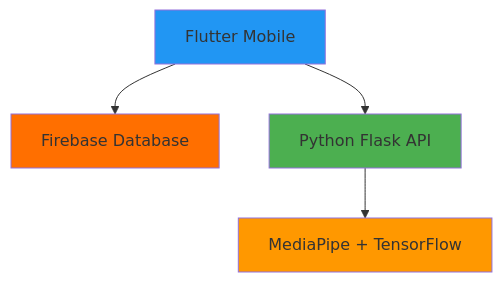
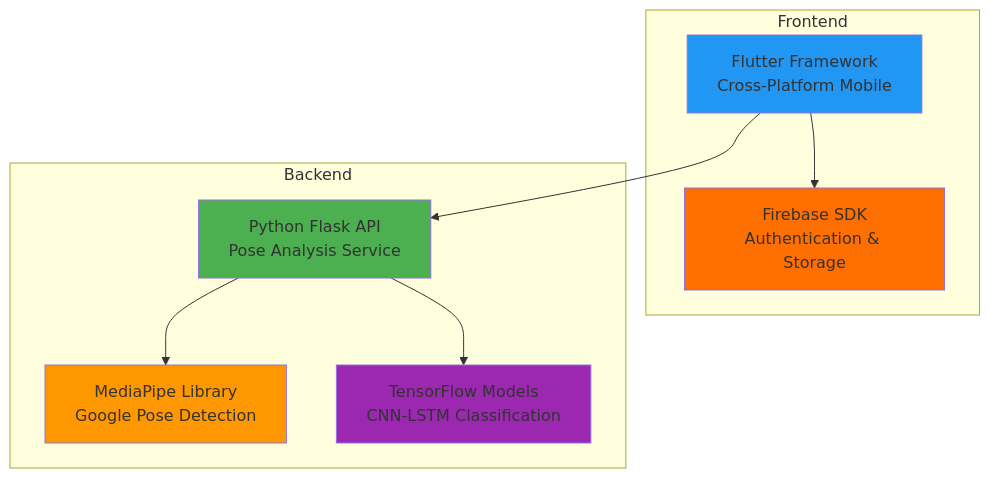
One commit to mgkram4/doc changed the third of 6 diagrams in PP-italy.md. Above: the diagram before and after it, drawn with Mermaid. The commit also changed other lines of this file, not shown here.

````diff
--- a/PP-italy.md
+++ b/PP-italy.md
@@ -47,11 +51,24 @@
 ```mermaid
 graph TB
-    A[Flutter Mobile] --> B[Firebase Database]
-    A --> C[Python Flask API]
-    C --> D[MediaPipe + TensorFlow]
+    subgraph "Frontend"
+        A[Flutter Framework<br/>Cross-Platform Mobile]
+        B[Firebase SDK<br/>Authentication & Storage]
+    end
+    
+    subgraph "Backend"
+        C[Python Flask API<br/>Pose Analysis Service]
+        D[MediaPipe Library<br/>Google Pose Detection]
+        E[TensorFlow Models<br/>CNN-LSTM Classification]
+    end
+    
+    A --> C
+    A --> B
+    C --> D
+    C --> E
     
     style A fill:#2196F3
     style B fill:#FF6F00
     style C fill:#4CAF50
     style D fill:#FF9800
+    style E fill:#9C27B0
 ```
````
